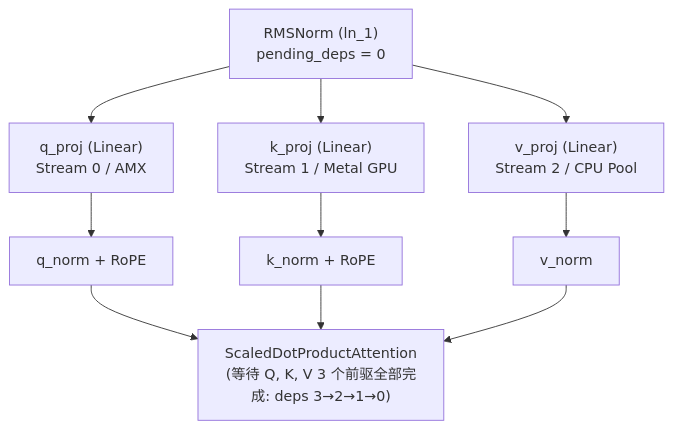
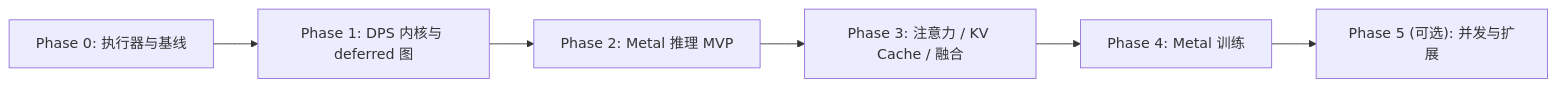
The third of 3 diagrams in plan/ASYNC_OFFLOAD_DESIGN.md (chen-gz/znn), drawn with Mermaid before and after one commit. The commit also changed other lines of this file and 6 other files, not shown here.

````diff
--- a/plan/ASYNC_OFFLOAD_DESIGN.md
+++ b/plan/ASYNC_OFFLOAD_DESIGN.md
@@ -206,14 +408,8 @@
 ```mermaid
-flowchart TD
-    InputNorm["RMSNorm (ln_1)\npending_deps = 0"] --> QProj["q_proj (Linear)\nStream 0 / AMX"]
-    InputNorm --> KProj["k_proj (Linear)\nStream 1 / Metal GPU"]
-    InputNorm --> VProj["v_proj (Linear)\nStream 2 / CPU Pool"]
-
-    QProj --> QNorm["q_norm + RoPE"]
-    KProj --> KNorm["k_norm + RoPE"]
-    VProj --> VNorm["v_norm"]
-
-    QNorm --> SDPA["ScaledDotProductAttention\n(等待 Q, K, V 3 个前驱全部完成: deps 3→2→1→0)"]
-    KNorm --> SDPA
-    VNorm --> SDPA
+flowchart LR
+    P0["Phase 0: 执行器与基线"] --> P1["Phase 1: DPS 内核与 deferred 图"]
+    P1 --> P2["Phase 2: Metal 推理 MVP"]
+    P2 --> P3["Phase 3: 注意力 / KV Cache / 融合"]
+    P3 --> P4["Phase 4: Metal 训练"]
+    P4 --> P5["Phase 5 (可选): 并发与扩展"]
 ```
````
